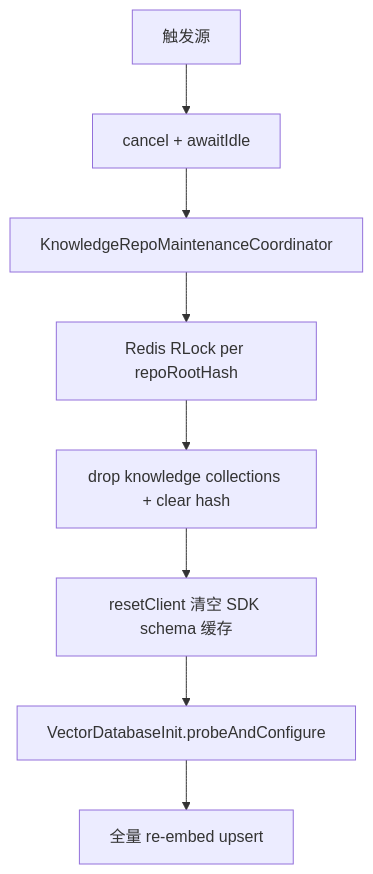
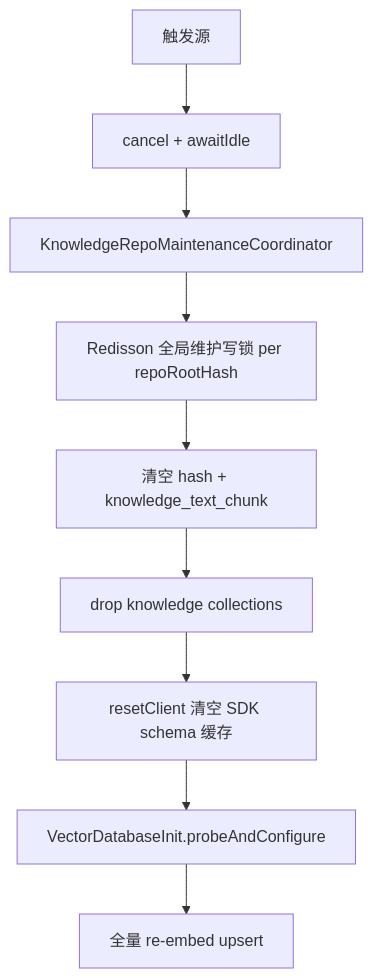
Before and after one commit to jerryt92/j2agent-docs: the first of 2 diagrams in 平台/RAG机制/知识库维护/知识库维护.md, drawn with Mermaid. The commit also changed other lines of this file and 9 other files, not shown here.

````diff
--- a/平台/RAG机制/知识库维护/知识库维护.md
+++ b/平台/RAG机制/知识库维护/知识库维护.md
@@ -255,19 +321,21 @@
 ```mermaid
 flowchart TD
     trigger[触发源]
     stopPrev[cancel + awaitIdle]
     coord[KnowledgeRepoMaintenanceCoordinator]
-    redis[Redis RLock per repoRootHash]
-    drop[drop knowledge collections + clear hash]
+    redis[Redisson 全局维护写锁 per repoRootHash]
+    clearHash[清空 hash + knowledge_text_chunk]
+    drop[drop knowledge collections]
     resetClient[resetClient 清空 SDK schema 缓存]
     probe[VectorDatabaseInit.probeAndConfigure]
     reembed[全量 re-embed upsert]
 
     trigger --> stopPrev
     stopPrev --> coord
     coord --> redis
-    redis --> drop
+    redis --> clearHash
+    clearHash --> drop
     drop --> resetClient
     resetClient --> probe
     probe --> reembed
 ```
````
